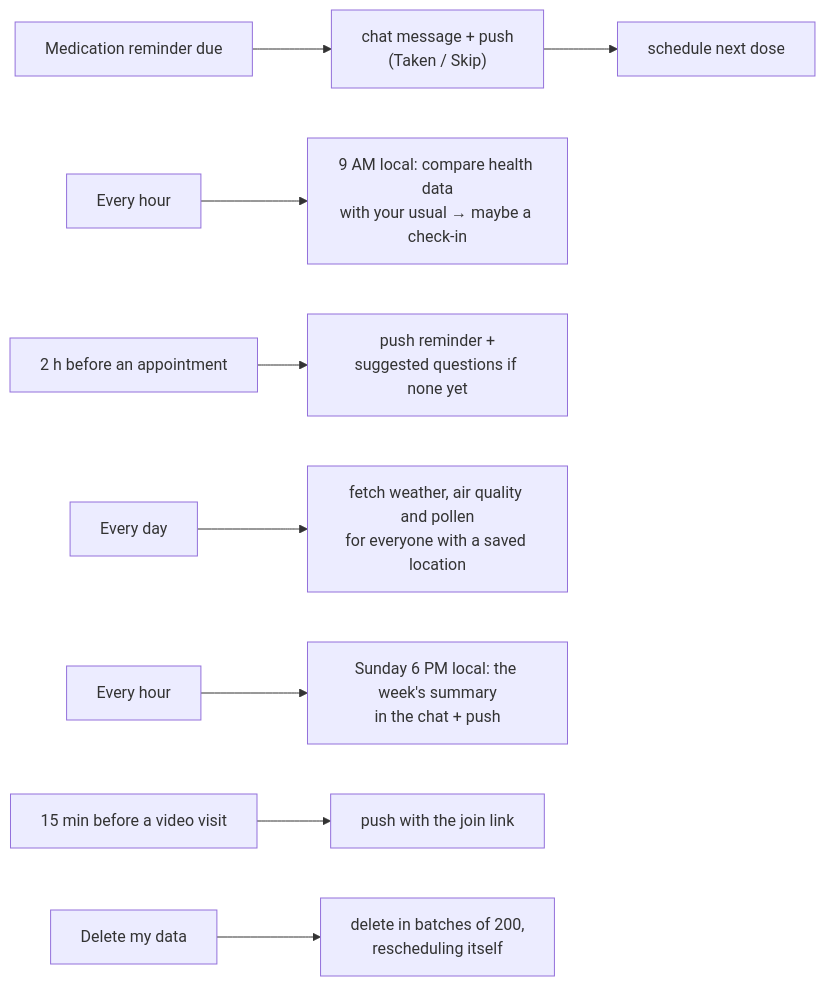
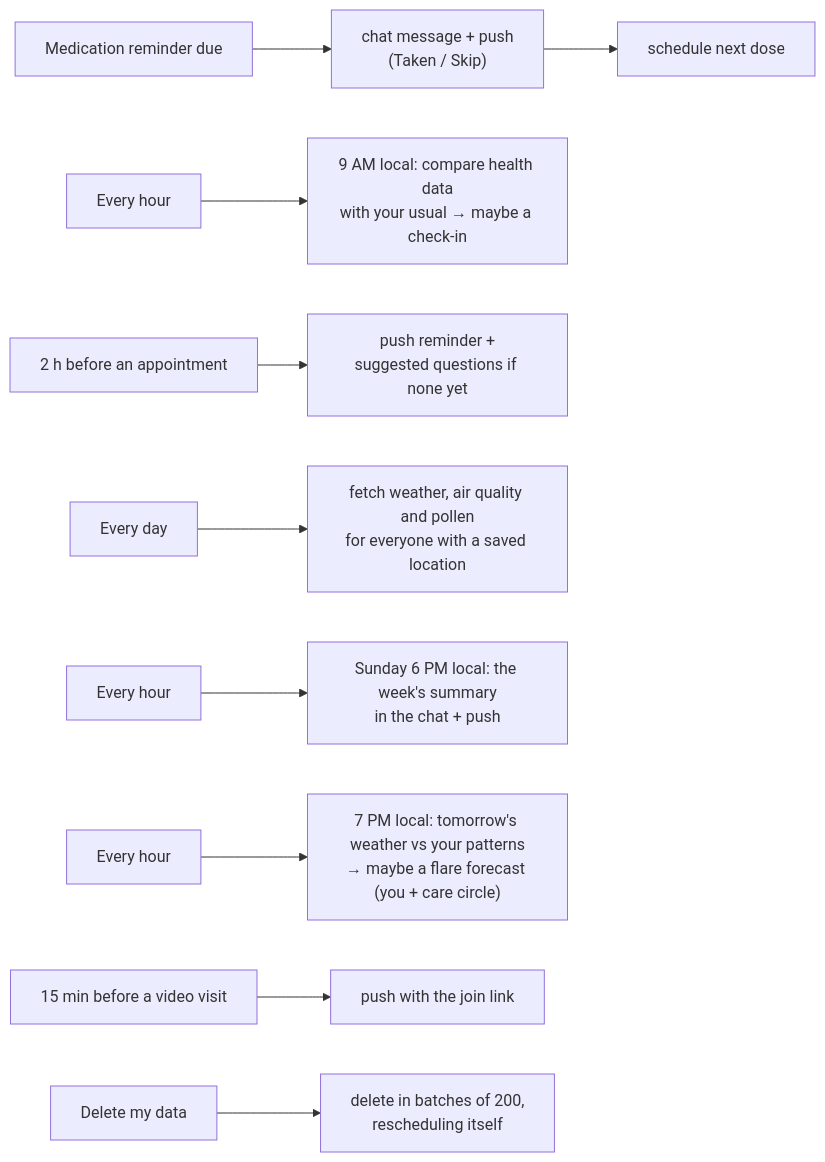
One commit to johnandrian/wellnest changed the fourth of 4 diagrams in README.md. Above: the diagram before and after it, drawn with Mermaid. The commit also changed other lines of this file and 41 other files, not shown here.

Commit message:
feat: add an evening flare forecast, a care circle that lets family follow doses and alerts, and a welcome page with a privacy page

````diff
--- a/README.md
+++ b/README.md
@@ -103,10 +105,11 @@
 ```mermaid
 flowchart LR
   R["Medication reminder due"] --> RM["chat message + push<br/>(Taken / Skip)"] --> RN["schedule next dose"]
   H["Every hour"] --> CI["9 AM local: compare health data<br/>with your usual → maybe a check-in"]
   V["2 h before an appointment"] --> VP["push reminder +<br/>suggested questions if none yet"]
   W["Every day"] --> WD["fetch weather, air quality and pollen<br/>for everyone with a saved location"]
   S["Every hour"] --> SW["Sunday 6 PM local: the week's summary<br/>in the chat + push"]
+  F["Every hour"] --> FF["7 PM local: tomorrow's weather vs your patterns<br/>→ maybe a flare forecast (you + care circle)"]
   T["15 min before a video visit"] --> TP["push with the join link"]
   D["Delete my data"] --> DB["delete in batches of 200,<br/>rescheduling itself"]
 ```
````
